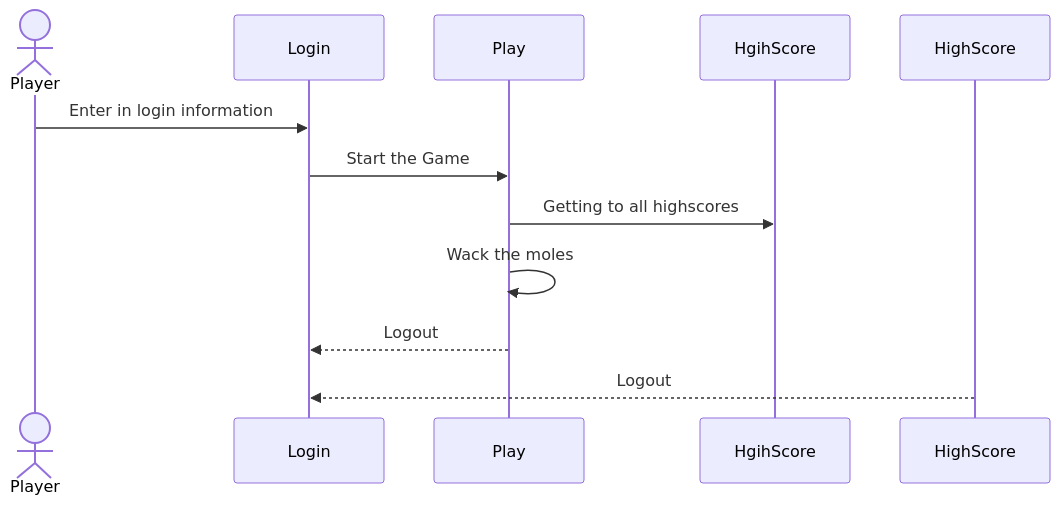
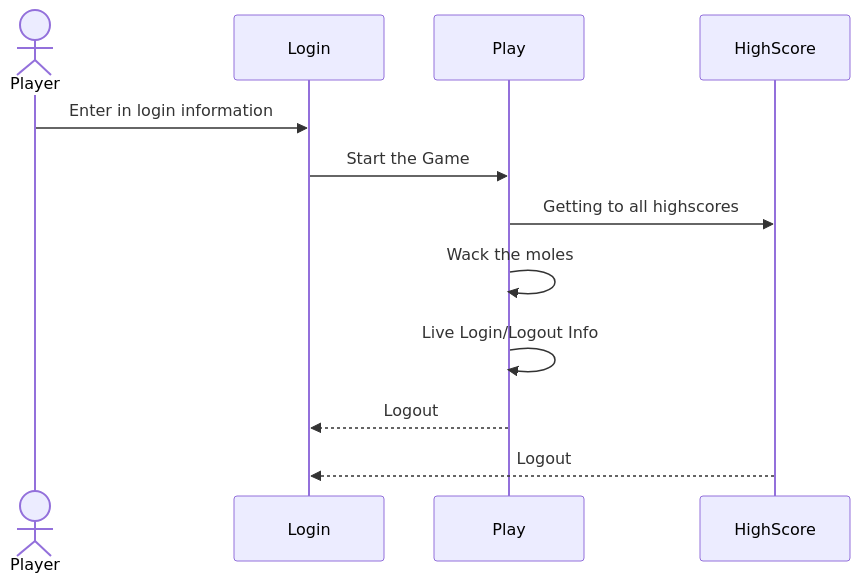
One commit to ChloeWarner03/startup changed the diagram in README.md. Above: the diagram before and after it, drawn with Mermaid.

Commit message:
Update README.md
Diagram updates

````diff
--- a/README.md
+++ b/README.md
@@ -35,10 +35,11 @@
 ```mermaid
 sequenceDiagram
     actor Player
     Player->>Login: Enter in login information
     Login ->>Play: Start the Game
-    Play ->>HgihScore: Getting to all highscores
+    Play ->>HighScore: Getting to all highscores
     Play ->>Play: Wack the moles
+    Play ->>Play: Live Login/Logout Info
     Play -->>Login: Logout
     HighScore -->>Login: Logout
 ```
````
